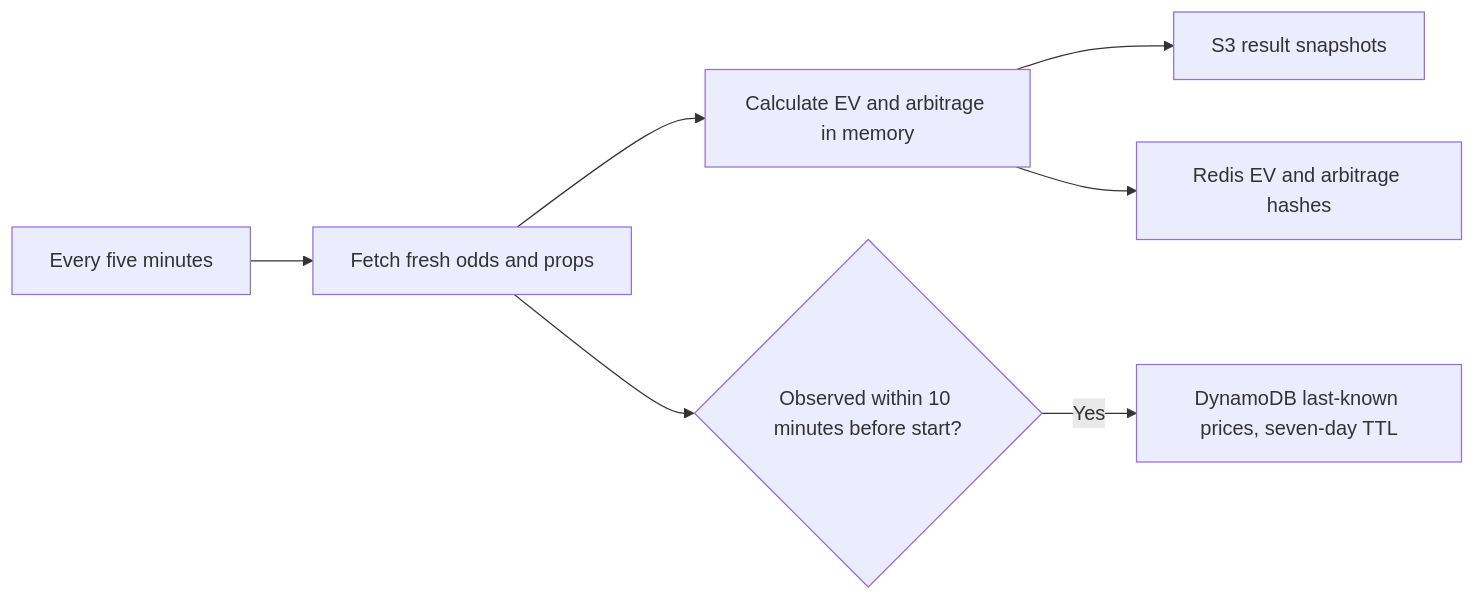
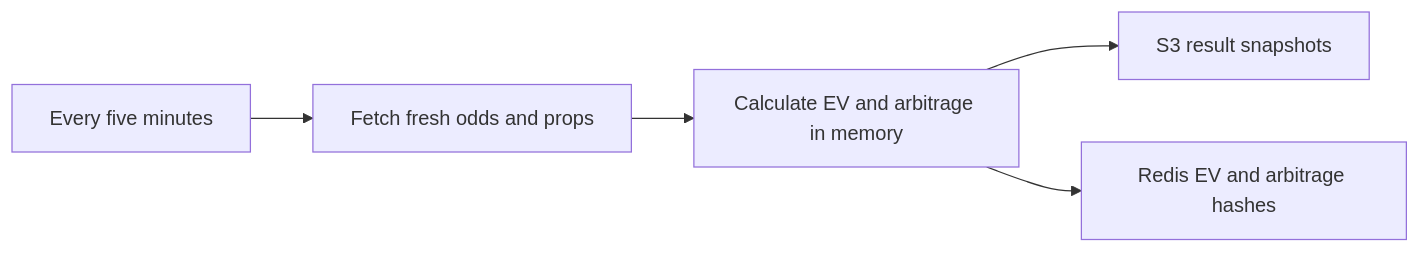
Before and after one commit to kunalvij4/sharpEdge: the diagram in lambda/retrieveOdds/README.md, drawn with Mermaid. The commit also changed other lines of this file and 19 other files, not shown here.

````diff
--- a/lambda/retrieveOdds/README.md
+++ b/lambda/retrieveOdds/README.md
@@ -14,9 +14,7 @@
 ```mermaid
 flowchart LR
     A[Every five minutes] --> B[Fetch fresh odds and props]
     B --> C[Calculate EV and arbitrage in memory]
-    B --> D{Observed within 10 minutes before start?}
-    D -->|Yes| E[DynamoDB last-known prices, seven-day TTL]
     C --> F[S3 result snapshots]
     C --> G[Redis EV and arbitrage hashes]
 ```
````
